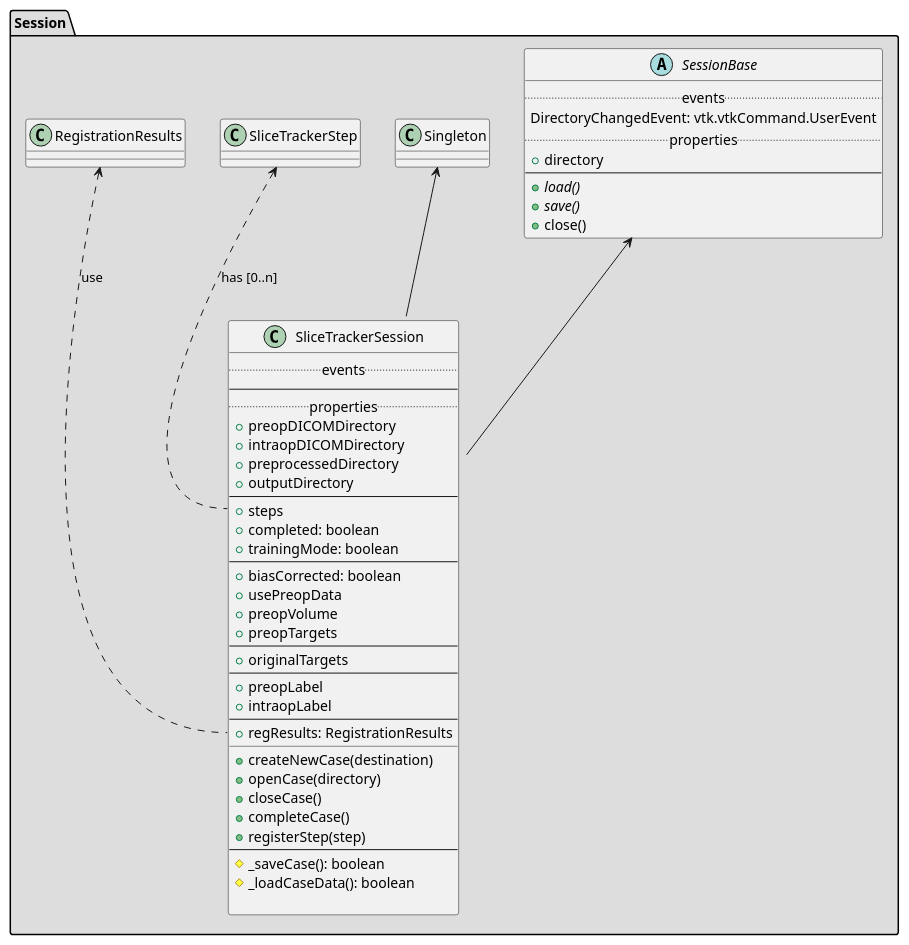
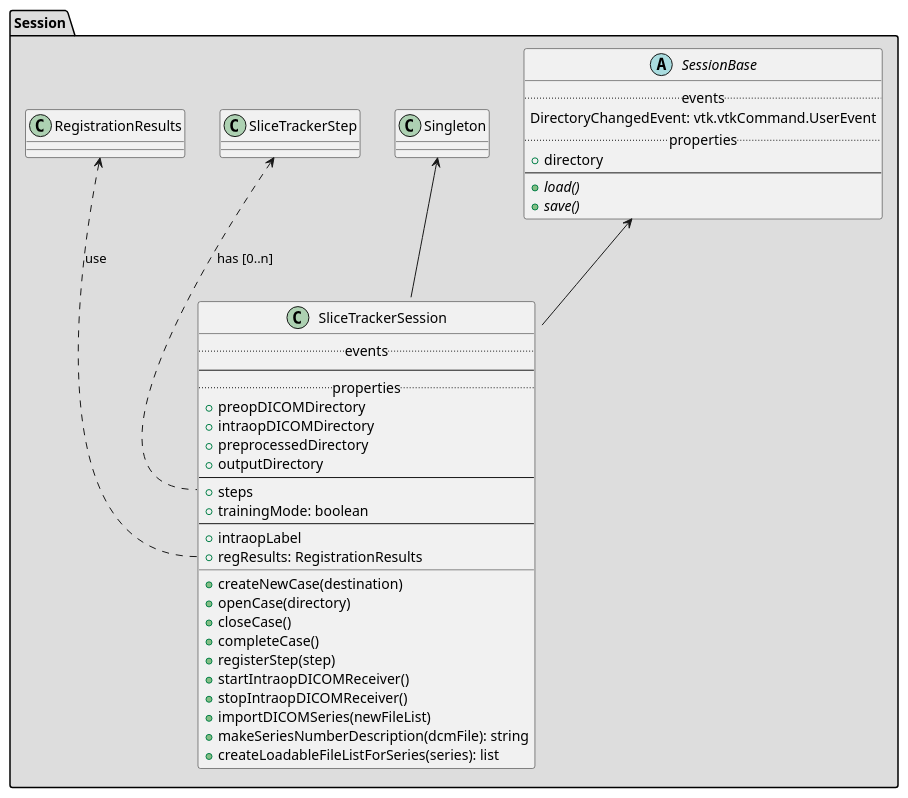
One commit to SlicerProstate/SliceTracker changed the diagram in puml/SliceTrackerSession.puml. Above: the diagram before and after it, drawn with PlantUML. The commit also changed 6 other files, not shown here.

First line of the commit message:
ENH: work on UML diagrams

```diff
--- a/puml/SliceTrackerSession.puml
+++ b/puml/SliceTrackerSession.puml
@@ -1,62 +1,52 @@
 @startuml
 
 package "Session" #DDDDDD {
 
   abstract class SessionBase {
     .. events ..
     DirectoryChangedEvent: vtk.vtkCommand.UserEvent
     .. properties ..
     + directory
     --
     + {abstract} load()
     + {abstract} save()
-    + close()
   }
 
 
   Singleton <-- SliceTrackerSession
   SessionBase <-- SliceTrackerSession
 
   class SliceTrackerSession {
     .. events ..
     --
     .. properties ..
     + preopDICOMDirectory
     + intraopDICOMDirectory
     + preprocessedDirectory
     + outputDirectory
     --
     + steps
-    + completed: boolean
     + trainingMode: boolean
     --
-    + biasCorrected: boolean
-    + usePreopData
-    + preopVolume
-    + preopTargets
-    --
-    + originalTargets
-    --
-    + preopLabel
     + intraopLabel
-    --
     + regResults: RegistrationResults
     __
     + createNewCase(destination)
     + openCase(directory)
     + closeCase()
     + completeCase()
     + registerStep(step)
-    --
-    # _saveCase(): boolean
-    # _loadCaseData(): boolean
-
+    + startIntraopDICOMReceiver()
+    + stopIntraopDICOMReceiver()
+    + importDICOMSeries(newFileList)
+    + makeSeriesNumberDescription(dcmFile): string
+    + createLoadableFileListForSeries(series): list
   }
 
   SliceTrackerStep <.. SliceTrackerSession::steps: has [0..n]
   RegistrationResults <.. SliceTrackerSession::regResults : use
 
 
 }
 
 @enduml
```
